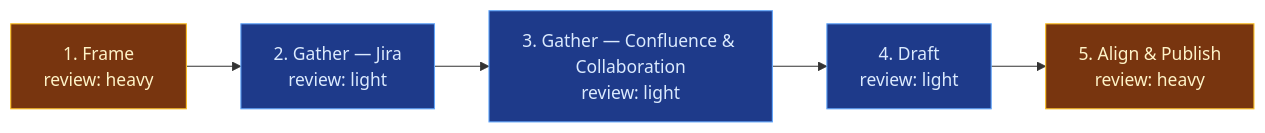
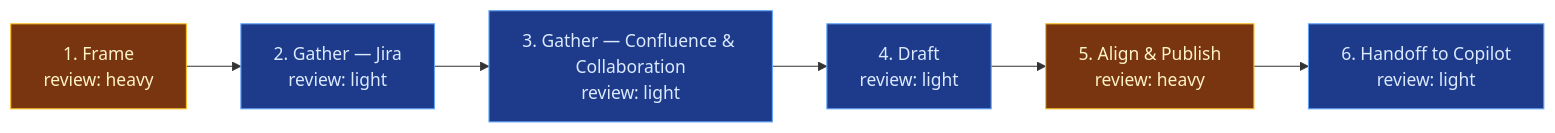
The diagram in flow-foundry/review-flowspaces/accomplishments-digest/HUB.md (RafySauce/flow-lab), drawn with Mermaid before and after one commit. The commit also changed other lines of this file and 12 other files, not shown here.

First line of the commit message:
Add Copilot handoff stage and companion docx-finisher flowspace

````diff
--- a/flow-foundry/review-flowspaces/accomplishments-digest/HUB.md
+++ b/flow-foundry/review-flowspaces/accomplishments-digest/HUB.md
@@ -34,11 +35,12 @@
 ```mermaid
 flowchart LR
     S1["1. Frame<br/>review: heavy"]:::heavy --> S2["2. Gather — Jira<br/>review: light"]:::light
     S2 --> S3["3. Gather — Confluence &amp; Collaboration<br/>review: light"]:::light
     S3 --> S4["4. Draft<br/>review: light"]:::light
     S4 --> S5["5. Align &amp; Publish<br/>review: heavy"]:::heavy
+    S5 --> S6["6. Handoff to Copilot<br/>review: light"]:::light
 
     classDef heavy fill:#78350f,stroke:#fbbf24,color:#fef3c7
     classDef light fill:#1e3a8a,stroke:#60a5fa,color:#dbeafe
     classDef gap fill:#7f1d1d,stroke:#f87171,color:#fee2e2
 ```
````
